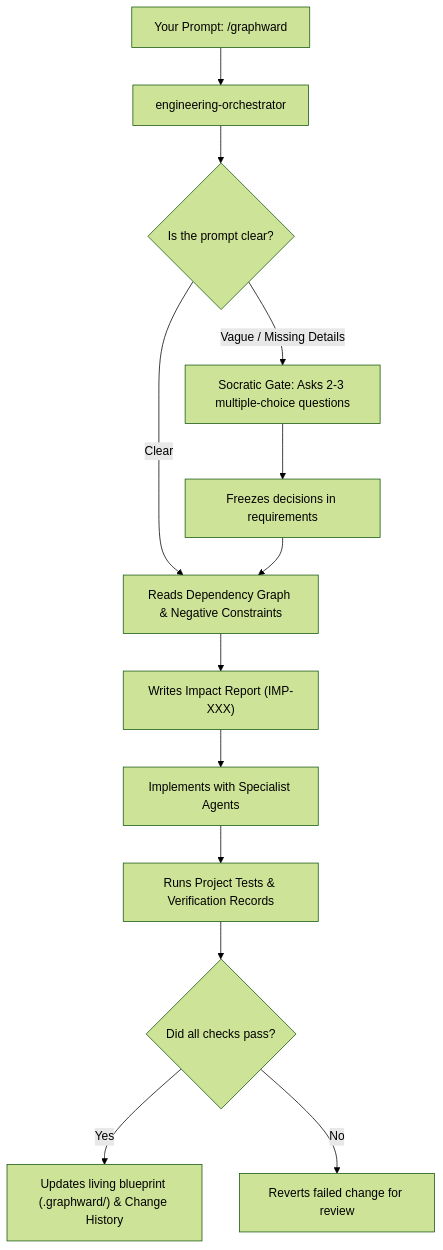
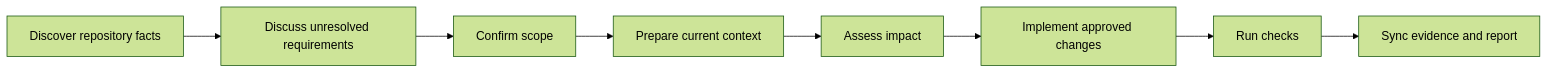
Before and after one commit to vinideep/graphward: the diagram in README.md, drawn with Mermaid (forest theme). The commit also changed other lines of this file and 211 other files, not shown here.

First line of the commit message:
chore: update configuration and documentation for GraphWard agents

````diff
--- a/README.md
+++ b/README.md
@@ -71,15 +155,10 @@
 ```mermaid
-flowchart TD
-    User["Your Prompt: /graphward <request>"] --> Orchestrator["engineering-orchestrator"]
-    Orchestrator --> Clarity{"Is the prompt clear?"}
-    Clarity -->|Vague / Missing Details| Gate["Socratic Gate: Asks 2-3 multiple-choice questions"]
-    Gate --> Freezing["Freezes decisions in requirements"]
-    Clarity -->|Clear| Blueprint["Reads Dependency Graph & Negative Constraints"]
-    Freezing --> Blueprint
-    Blueprint --> Impact["Writes Impact Report (IMP-XXX)"]
-    Impact --> Implement["Implements with Specialist Agents"]
-    Implement --> Verify["Runs Project Tests & Verification Records"]
-    Verify --> Verification{"Did all checks pass?"}
-    Verification -->|Yes| Sync["Updates living blueprint (.graphward/) & Change History"]
-    Verification -->|No| Revert["Reverts failed change for review"]
+flowchart LR
+    Discover["Discover repository facts"] --> Clarify["Discuss unresolved requirements"]
+    Clarify --> Confirm["Confirm scope"]
+    Confirm --> Prepare["Prepare current context"]
+    Prepare --> Impact["Assess impact"]
+    Impact --> Implement["Implement approved changes"]
+    Implement --> Validate["Run checks"]
+    Validate --> Sync["Sync evidence and report"]
 ```
````
